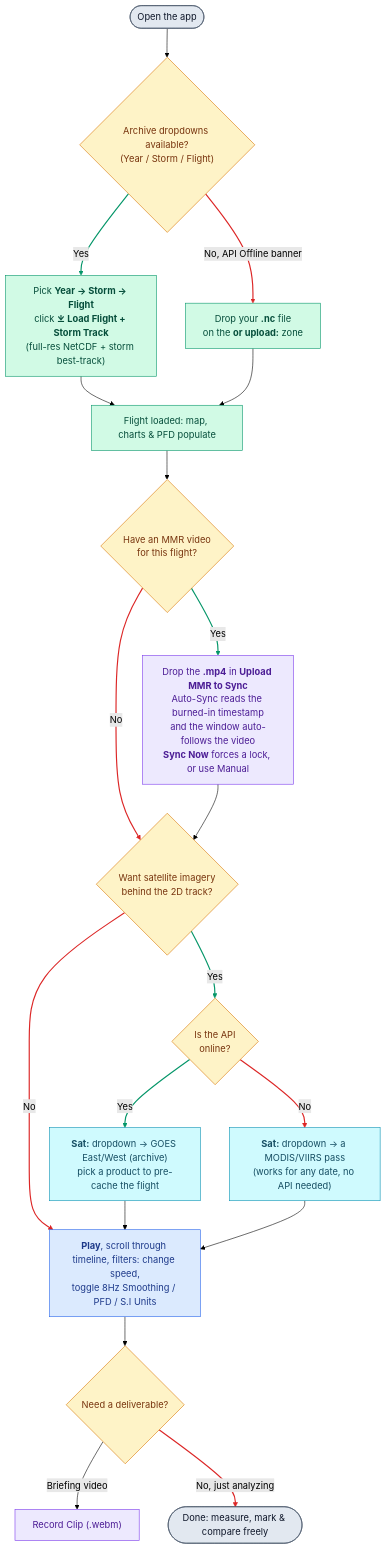
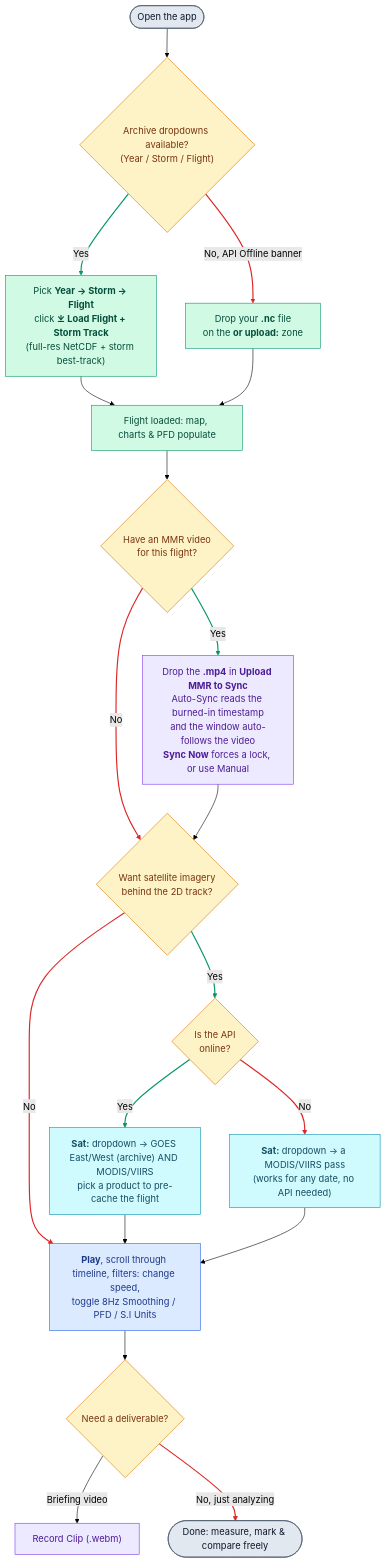
Before and after one commit to diegoxb07/AOCVisualizer: the diagram in README.md, drawn with Mermaid (forest theme).

````diff
--- a/README.md
+++ b/README.md
@@ -17,37 +17,37 @@
 ```mermaid
 flowchart TD
     START(["Open the app"]) --> ARCHIVE{"Archive dropdowns available?<br>(Year / Storm / Flight)"}
     ARCHIVE -- "Yes" --> LOADARC["Pick <b>Year → Storm → Flight</b><br>click <b>⤓ Load Flight + Storm Track</b><br>(full-res NetCDF + storm best-track)"]
     ARCHIVE -- "No, API Offline banner" --> UPLOAD["Drop your <b>.nc</b> file<br>on the <b>or upload:</b> zone"]
     LOADARC --> LOADED["Flight loaded: map, charts & PFD populate"]
     UPLOAD --> LOADED
     LOADED --> MMR{"Have an MMR video<br>for this flight?"}
     MMR -- "Yes" --> VIDEO["Drop the <b>.mp4</b> in <b>Upload MMR to Sync</b><br>Auto-Sync reads the burned-in timestamp<br>and the window auto-follows the video<br><b>Sync Now</b> forces a lock, or use Manual"]
     MMR -- "No" --> SAT{"Want satellite imagery<br>behind the 2D track?"}
     VIDEO --> SAT
     SAT -- "Yes" --> FROMARC{"Is the API<br>online?"}
-    FROMARC -- "Yes" --> SATGOES["<b>Sat:</b> dropdown → GOES East/West (archive)<br>pick a product to pre-cache the flight"]
+    FROMARC -- "Yes" --> SATGOES["<b>Sat:</b> dropdown → GOES East/West (archive) AND MODIS/VIIRS<br>pick a product to pre-cache the flight"]
     FROMARC -- "No" --> SATPOLAR["<b>Sat:</b> dropdown → a MODIS/VIIRS pass<br>(works for any date, no API needed)"]
     SAT -- "No" --> PLAY["<b>Play</b>, scroll through timeline, filters: change speed,<br>toggle 8Hz Smoothing / PFD / S.I Units"]
     SATGOES --> PLAY
     SATPOLAR --> PLAY
     PLAY --> EXPORT{"Need a deliverable?"}
     EXPORT -- "Briefing video" --> CLIP["Record Clip (.webm)"]
     EXPORT -- "No, just analyzing" --> DONE(["Done: measure, mark & compare freely"])
 
     classDef decision fill:#fef3c7,stroke:#d97706,color:#78350f
     classDef data fill:#d1fae5,stroke:#059669,color:#064e3b
     classDef mmr fill:#ede9fe,stroke:#7c3aed,color:#4c1d95
     classDef sat fill:#cffafe,stroke:#0891b2,color:#164e63
     classDef playback fill:#dbeafe,stroke:#2563eb,color:#1e3a8a
     classDef term fill:#e2e8f0,stroke:#475569,color:#0f172a
     class ARCHIVE,MMR,SAT,FROMARC,EXPORT decision
     class LOADARC,UPLOAD,LOADED data
     class VIDEO,CLIP mmr
     class SATGOES,SATPOLAR sat
     class PLAY playback
     class START,DONE term
     %% linkStyle numbers = edge definition order above; update them if edges are added or reordered
     linkStyle 1,6,9,10 stroke:#059669,stroke-width:2px
     linkStyle 2,7,11,12,17 stroke:#dc2626,stroke-width:2px
 ```
````
